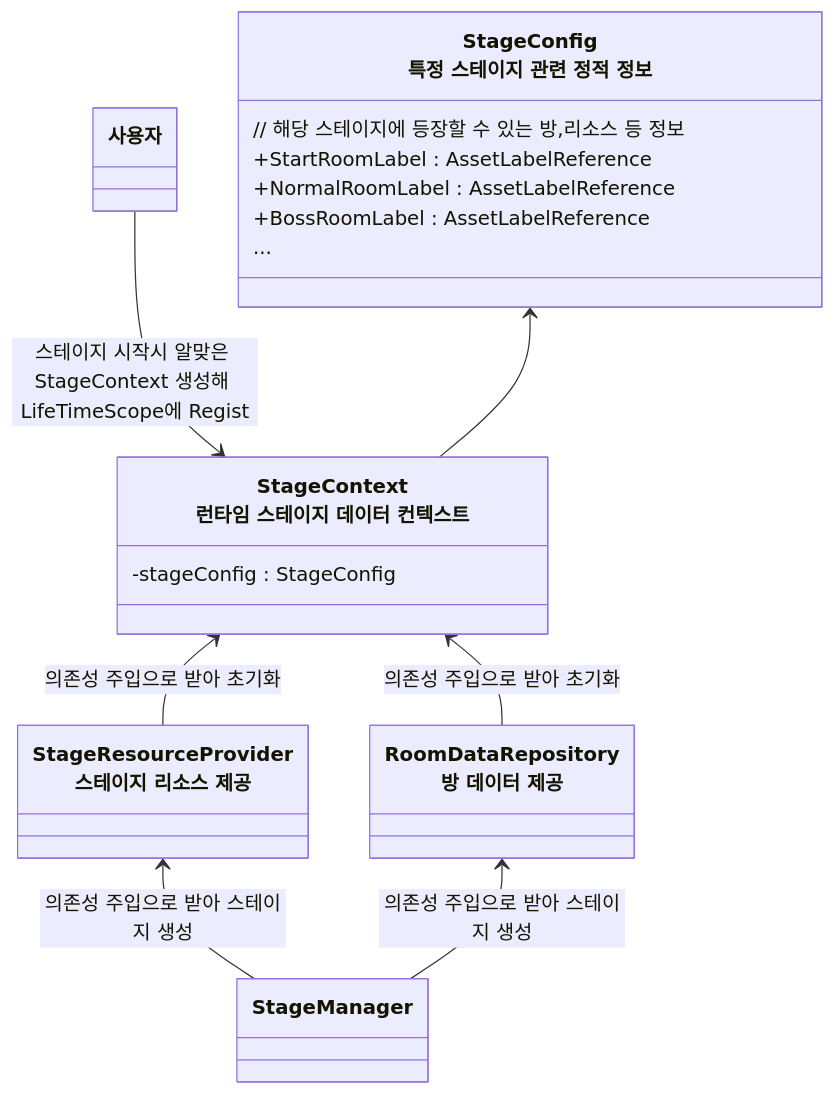
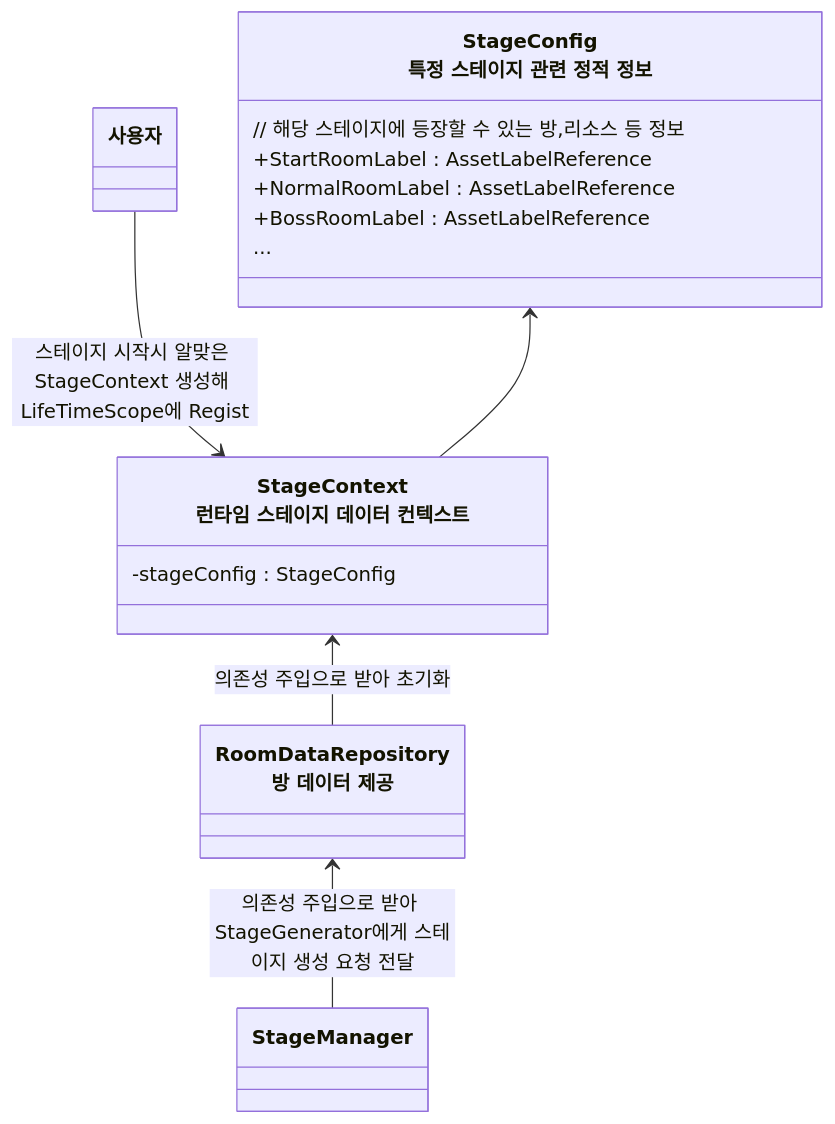
The third of 5 diagrams in README/스테이지_설계.md (JIN5EOK/DungeonShooter), drawn with Mermaid before and after one commit. The commit also changed other lines of this file and 1 other file, not shown here.

````diff
--- a/README/스테이지_설계.md
+++ b/README/스테이지_설계.md
@@ -128,24 +116,21 @@
 ```mermaid
 classDiagram
     class StageConfig["StageConfig<br>특정 스테이지 관련 정적 정보"]{
         // 해당 스테이지에 등장할 수 있는 방,리소스 등 정보
         +StartRoomLabel : AssetLabelReference
         +NormalRoomLabel : AssetLabelReference
         +BossRoomLabel : AssetLabelReference
         ...
  }
     class StageContext["StageContext<br>런타임 스테이지 데이터 컨텍스트"]{
         -stageConfig : StageConfig
     }
     
     사용자 --> StageContext : 스테이지 시작시 알맞은 StageContext 생성해 LifeTimeScope에 Regist
     class RoomDataRepository["RoomDataRepository<br>방 데이터 제공"]{
     }
-    class StageResourceProvider["StageResourceProvider<br>스테이지 리소스 제공"]{
-    }
-    StageContext <-- StageResourceProvider : 의존성 주입으로 받아 초기화
+
     StageContext <-- RoomDataRepository : 의존성 주입으로 받아 초기화
     StageConfig <-- StageContext
-    StageResourceProvider <-- StageManager : 의존성 주입으로 받아 스테이지 생성
-    RoomDataRepository <-- StageManager : 의존성 주입으로 받아 스테이지 생성
+    RoomDataRepository <-- StageManager : 의존성 주입으로 받아 StageGenerator에게 스테이지 생성 요청 전달
 ```
````
